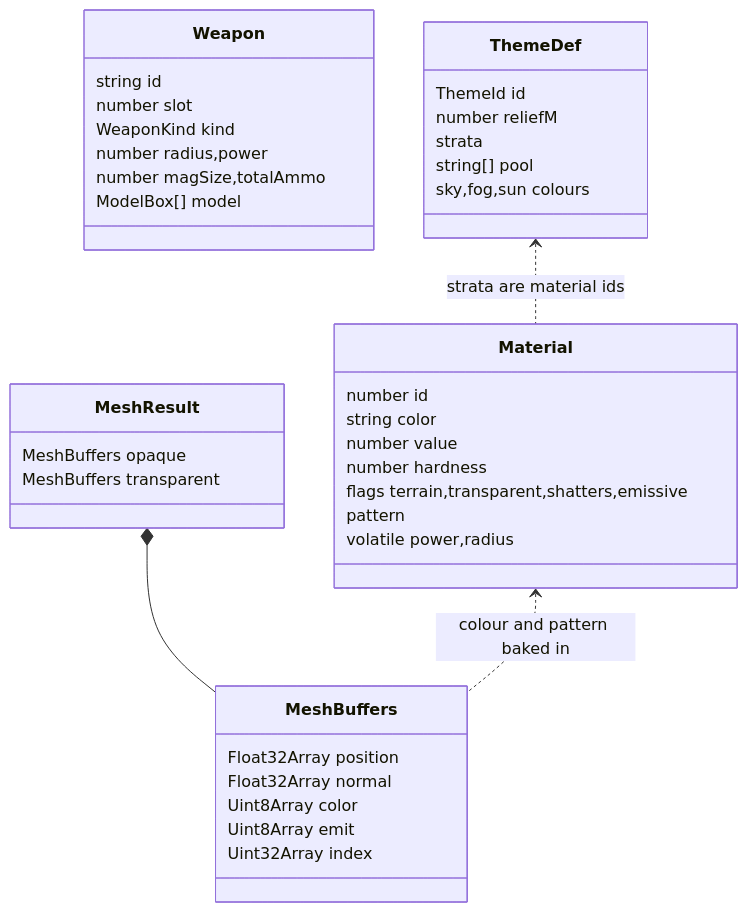
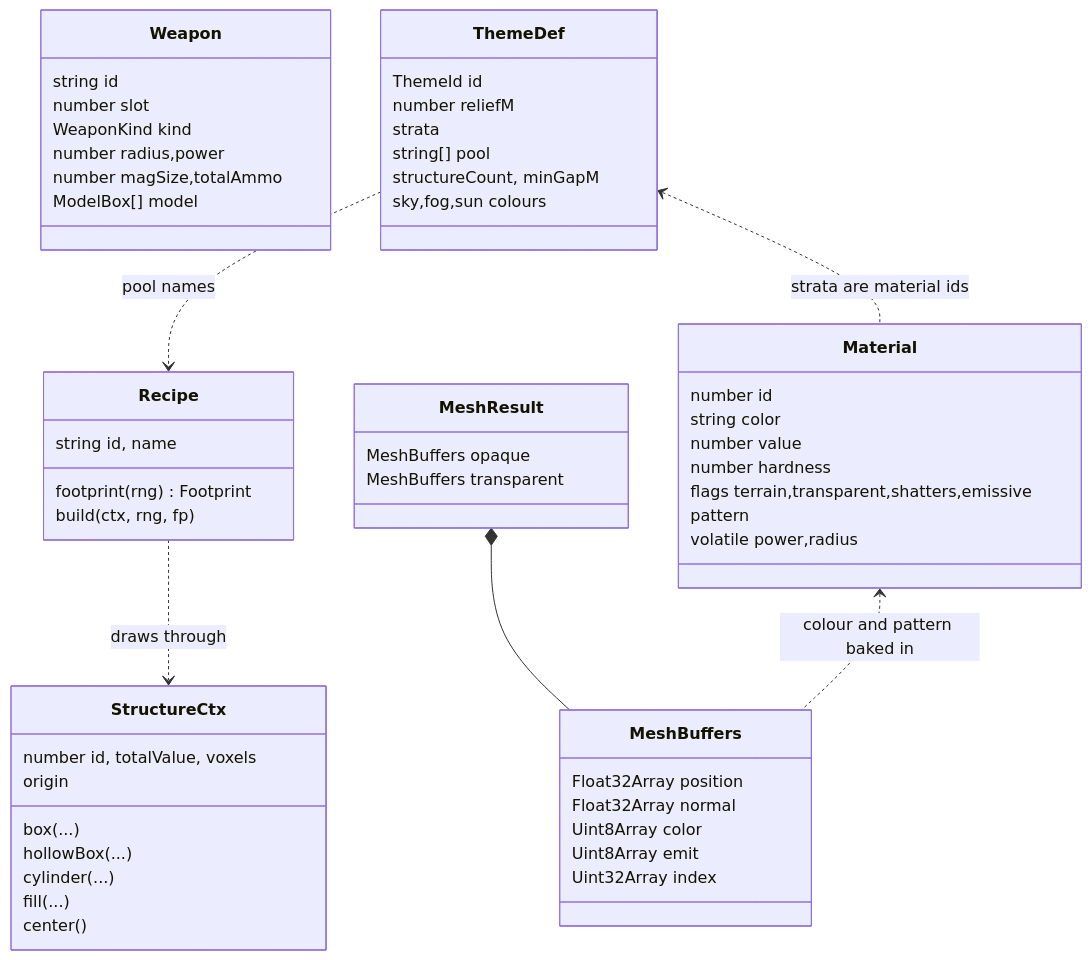
One commit to chesterbait88/Sandbox changed the tenth of 10 diagrams in docs/DEVELOPER-TREE.md. Above: the diagram before and after it, drawn with Mermaid. The commit also changed other lines of this file and 16 other files, not shown here.

First line of the commit message:
phase 3: structures and scoring — StructureCtx, placer, 14 recipes, Score with combos, leveled bonus and milestones

````diff
--- a/docs/DEVELOPER-TREE.md
+++ b/docs/DEVELOPER-TREE.md
@@ -226,41 +286,58 @@
 ```mermaid
 classDiagram
     class MeshBuffers {
         Float32Array position
         Float32Array normal
         Uint8Array color
         Uint8Array emit
         Uint32Array index
     }
     class MeshResult {
         MeshBuffers opaque
         MeshBuffers transparent
     }
     class Material {
         number id
         string color
         number value
         number hardness
         flags terrain,transparent,shatters,emissive
         pattern
         volatile power,radius
     }
     class Weapon {
         string id
         number slot
         WeaponKind kind
         number radius,power
         number magSize,totalAmmo
         ModelBox[] model
     }
     class ThemeDef {
         ThemeId id
         number reliefM
         strata
         string[] pool
+        structureCount, minGapM
         sky,fog,sun colours
     }
+    class Recipe {
+        string id, name
+        footprint(rng) Footprint
+        build(ctx, rng, fp)
+    }
+    class StructureCtx {
+        number id, totalValue, voxels
+        origin
+        box(...)
+        hollowBox(...)
+        cylinder(...)
+        fill(...)
+        center()
+    }
+    Recipe ..> StructureCtx : draws through
+    ThemeDef ..> Recipe : pool names
     MeshResult *-- MeshBuffers
     Material <.. MeshBuffers : colour and pattern baked in
     ThemeDef <.. Material : strata are material ids
 ```
````
